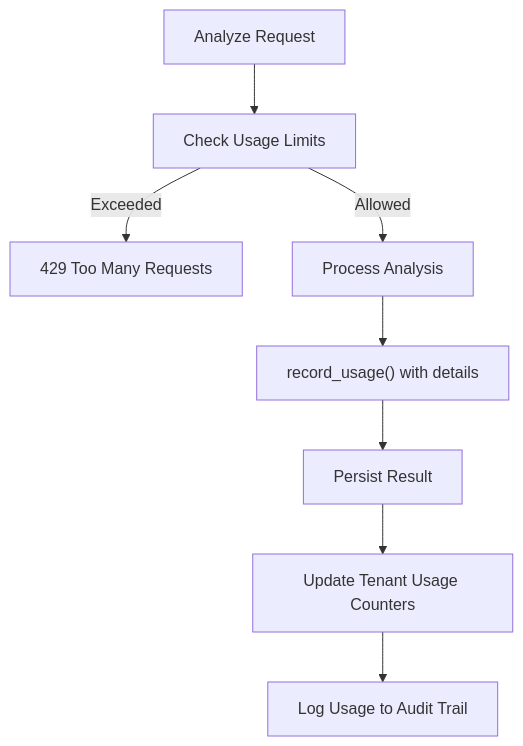
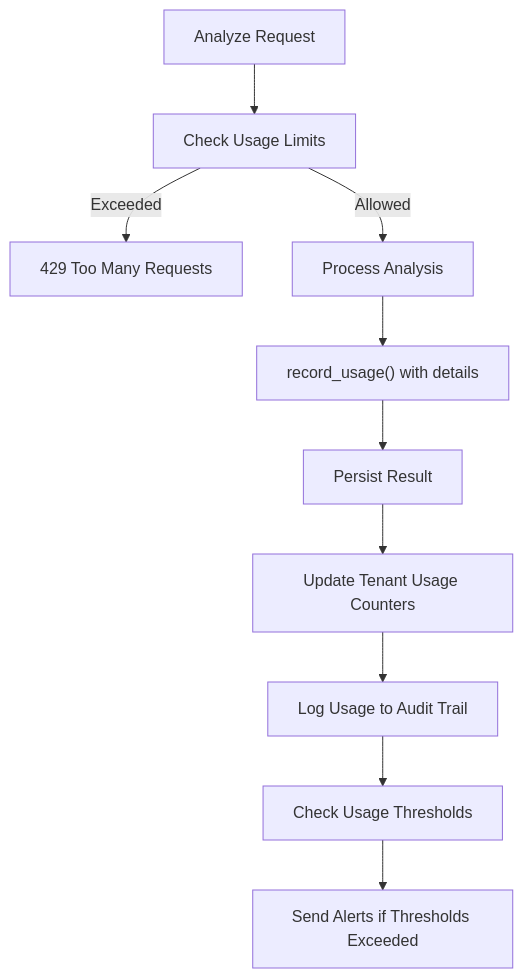
One commit to Revanththetalogics/aireume changed diagram 19 of 22 in .qoder/repowiki/en/content/Multi-Tenant System/Multi-Tenant System.md. Above: the diagram before and after it, drawn with Mermaid. The commit also changed other lines of this file and 14 other files, not shown here.

````diff
--- a/.qoder/repowiki/en/content/Multi-Tenant System/Multi-Tenant System.md
+++ b/.qoder/repowiki/en/content/Multi-Tenant System/Multi-Tenant System.md
@@ -535,10 +1199,12 @@
 ```mermaid
 flowchart TD
 A["Analyze Request"] --> B["Check Usage Limits"]
 B --> |Exceeded| E["429 Too Many Requests"]
 B --> |Allowed| C["Process Analysis"]
 C --> D["record_usage() with details"]
 D --> F["Persist Result"]
 F --> G["Update Tenant Usage Counters"]
 G --> H["Log Usage to Audit Trail"]
+H --> I["Check Usage Thresholds"]
+I --> J["Send Alerts if Thresholds Exceeded"]
 ```
````
